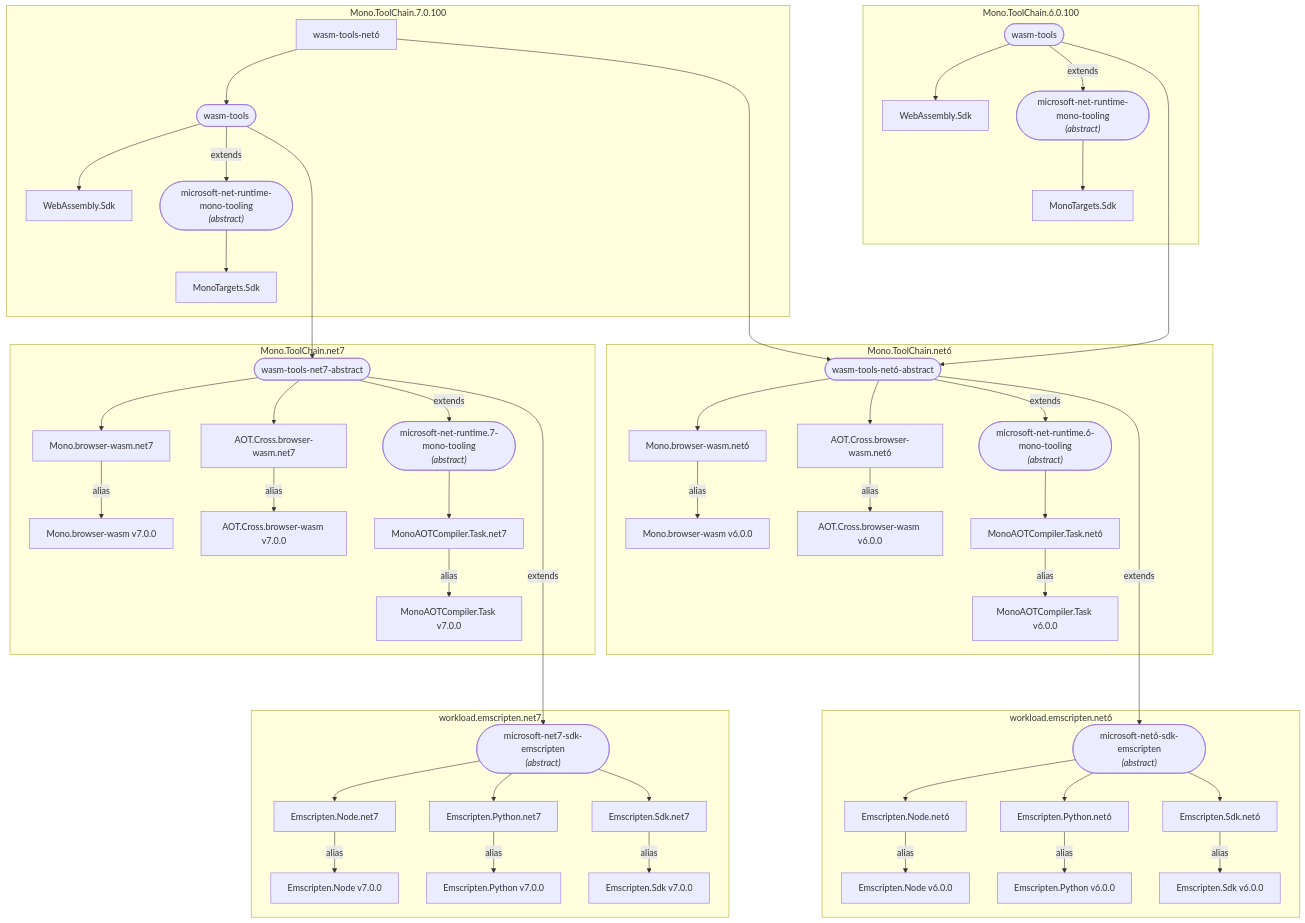
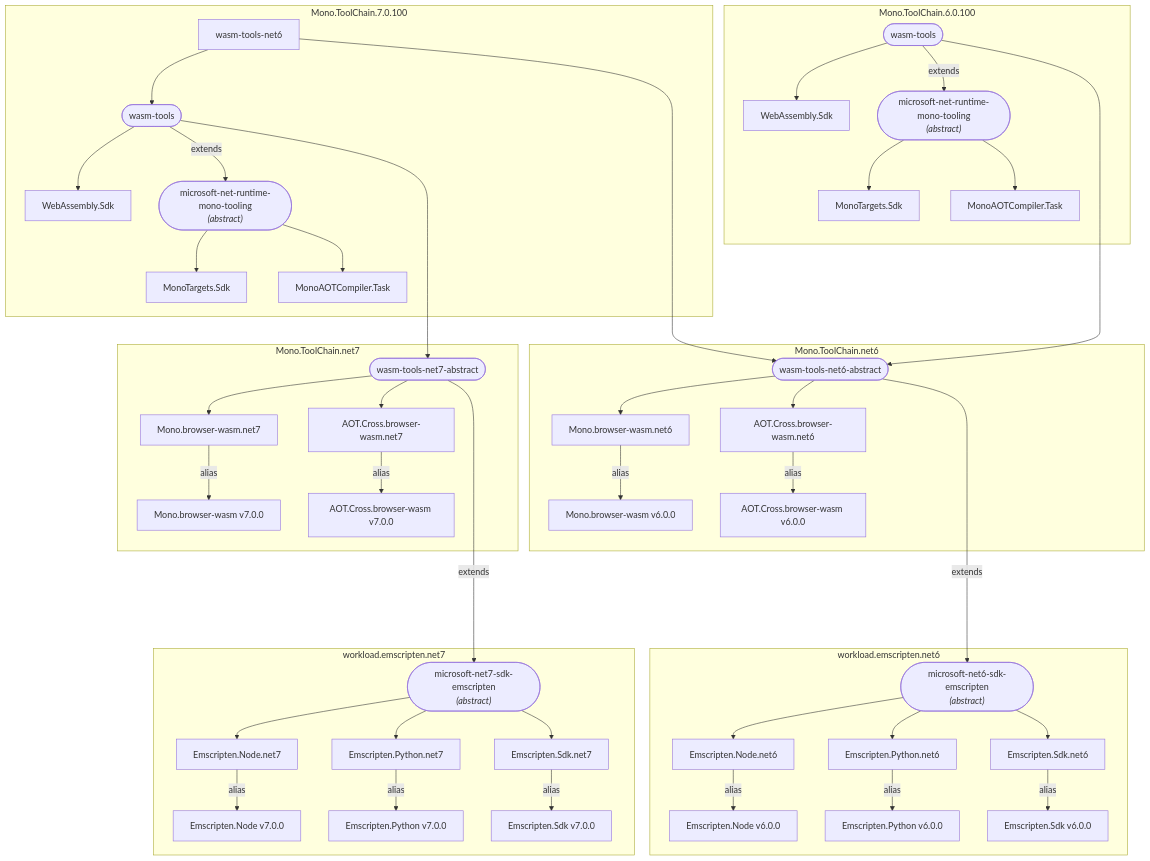
One commit to dsplaisted/WorkloadVersioningSample changed the second of 2 diagrams in README.md. Above: the diagram before and after it, drawn with Mermaid.

Commit message:
Update proposal to have Mono AOT compiler task roll forward

````diff
--- a/README.md
+++ b/README.md
@@ -38,65 +38,61 @@
 ```mermaid
 graph TD;
 
     subgraph Mono.ToolChain.6.0.100
     wasm-tools.6.0.100([wasm-tools])-->Microsoft.NET.Runtime.WebAssembly.Sdk.6.0.100[WebAssembly.Sdk];
     wasm-tools.6.0.100-->|extends|microsoft-net-runtime-mono-tooling.6.0.100;
     microsoft-net-runtime-mono-tooling.6.0.100(["microsoft-net-runtime-mono-tooling<BR><I>(abstract)</I>"])-->Microsoft.NET.Runtime.MonoTargets.Sdk.6.0.100[MonoTargets.Sdk];
+    microsoft-net-runtime-mono-tooling.6.0.100-->Microsoft.NET.Runtime.MonoAOTCompiler.Task.6.0.100[MonoAOTCompiler.Task];
     end
     
     wasm-tools.6.0.100----->wasm-tools-net6-abstract
     %%microsoft-net-runtime-mono-tooling-->microsoft-net-runtime.6-mono-tooling
 
     subgraph Mono.ToolChain.net6
     wasm-tools-net6-abstract([wasm-tools-net6-abstract])-->Mono.browser-wasm.net6
     Mono.browser-wasm.net6-->|alias|Mono.browser-wasm.v6["Mono.browser-wasm v6.0.0"]
     wasm-tools-net6-abstract-->AOT.Cross.browser-wasm.net6
     AOT.Cross.browser-wasm.net6-->|alias|AOT.Cross.browser-wasm.v6["AOT.Cross.browser-wasm v6.0.0"]
-    wasm-tools-net6-abstract-->|extends|microsoft-net-runtime.6-mono-tooling;
-    microsoft-net-runtime.6-mono-tooling(["microsoft-net-runtime.6-mono-tooling<BR><I>(abstract)</I>"])-->MonoAOTCompiler.Task.net6;
-    MonoAOTCompiler.Task.net6-->|alias|MonoAOTCompiler.Task.v6["MonoAOTCompiler.Task v6.0.0"]
     end
     
     wasm-tools-net6-abstract------>|extends|microsoft-net-sdk6-emscripten;
 
     subgraph workload.emscripten.net6
     microsoft-net-sdk6-emscripten(["microsoft-net6-sdk-emscripten<BR><I>(abstract)</I>"])-->Microsoft.NET.Runtime.6.Emscripten.Node[Emscripten.Node.net6];
     Microsoft.NET.Runtime.6.Emscripten.Node-->|alias|Microsoft.NET.Runtime.Emscripten.Node.v6["Emscripten.Node v6.0.0"]
     microsoft-net-sdk6-emscripten-->Microsoft.NET.Runtime.6.Emscripten.Python[Emscripten.Python.net6];
     Microsoft.NET.Runtime.6.Emscripten.Python-->|alias|Microsoft.NET.Runtime.Emscripten.Python.v6["Emscripten.Python v6.0.0"]
     microsoft-net-sdk6-emscripten-->Microsoft.NET.Runtime.6.Emscripten.Sdk[Emscripten.Sdk.net6];
     Microsoft.NET.Runtime.6.Emscripten.Sdk-->|alias|Microsoft.NET.Runtime.Emscripten.Sdk.v6["Emscripten.Sdk v6.0.0"]
     end
     
     subgraph Mono.ToolChain.7.0.100
     wasm-tools.7.0.100([wasm-tools])-->Microsoft.NET.Runtime.WebAssembly.Sdk.7.0.100[WebAssembly.Sdk];
     wasm-tools.7.0.100-->|extends|microsoft-net-runtime-mono-tooling.7.0.100;
     microsoft-net-runtime-mono-tooling.7.0.100(["microsoft-net-runtime-mono-tooling<BR><I>(abstract)</I>"])-->Microsoft.NET.Runtime.MonoTargets.Sdk.7.0.100[MonoTargets.Sdk];
+    microsoft-net-runtime-mono-tooling.7.0.100-->Microsoft.NET.Runtime.MonoAOTCompiler.Task.7.0.100[MonoAOTCompiler.Task];
     wasm-tools-net6-->wasm-tools.7.0.100
     end
     
     wasm-tools.7.0.100---->wasm-tools-net7-abstract
     wasm-tools-net6----->wasm-tools-net6-abstract
     
     subgraph Mono.ToolChain.net7
     wasm-tools-net7-abstract([wasm-tools-net7-abstract])-->Mono.browser-wasm.net7
     Mono.browser-wasm.net7-->|alias|Mono.browser-wasm.v7["Mono.browser-wasm v7.0.0"]
     wasm-tools-net7-abstract-->AOT.Cross.browser-wasm.net7
     AOT.Cross.browser-wasm.net7-->|alias|AOT.Cross.browser-wasm.v7["AOT.Cross.browser-wasm v7.0.0"]
-    wasm-tools-net7-abstract-->|extends|microsoft-net-runtime.7-mono-tooling;
-    microsoft-net-runtime.7-mono-tooling(["microsoft-net-runtime.7-mono-tooling<BR><I>(abstract)</I>"])-->MonoAOTCompiler.Task.net7;
-    MonoAOTCompiler.Task.net7-->|alias|MonoAOTCompiler.Task.v7["MonoAOTCompiler.Task v7.0.0"]
     end
     
     wasm-tools-net7-abstract------>|extends|microsoft-net-sdk7-emscripten;
     
     subgraph workload.emscripten.net7
     microsoft-net-sdk7-emscripten(["microsoft-net7-sdk-emscripten<BR><I>(abstract)</I>"])-->Microsoft.NET.Runtime.7.Emscripten.Node[Emscripten.Node.net7];
     Microsoft.NET.Runtime.7.Emscripten.Node-->|alias|Microsoft.NET.Runtime.Emscripten.Node["Emscripten.Node v7.0.0"]
     microsoft-net-sdk7-emscripten-->Microsoft.NET.Runtime.7.Emscripten.Python[Emscripten.Python.net7];
     Microsoft.NET.Runtime.7.Emscripten.Python-->|alias|Microsoft.NET.Runtime.Emscripten.Python["Emscripten.Python v7.0.0"]
     microsoft-net-sdk7-emscripten-->Microsoft.NET.Runtime.7.Emscripten.Sdk[Emscripten.Sdk.net7];
     Microsoft.NET.Runtime.7.Emscripten.Sdk-->|alias|Microsoft.NET.Runtime.Emscripten.Sdk["Emscripten.Sdk v7.0.0"]
     end
 
 ```
````
